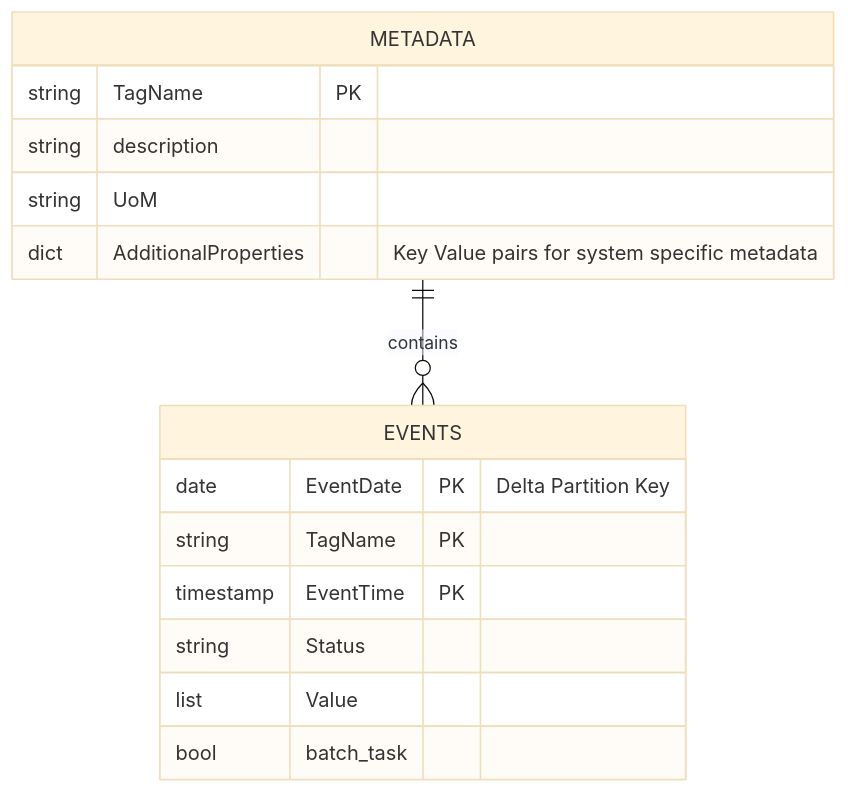
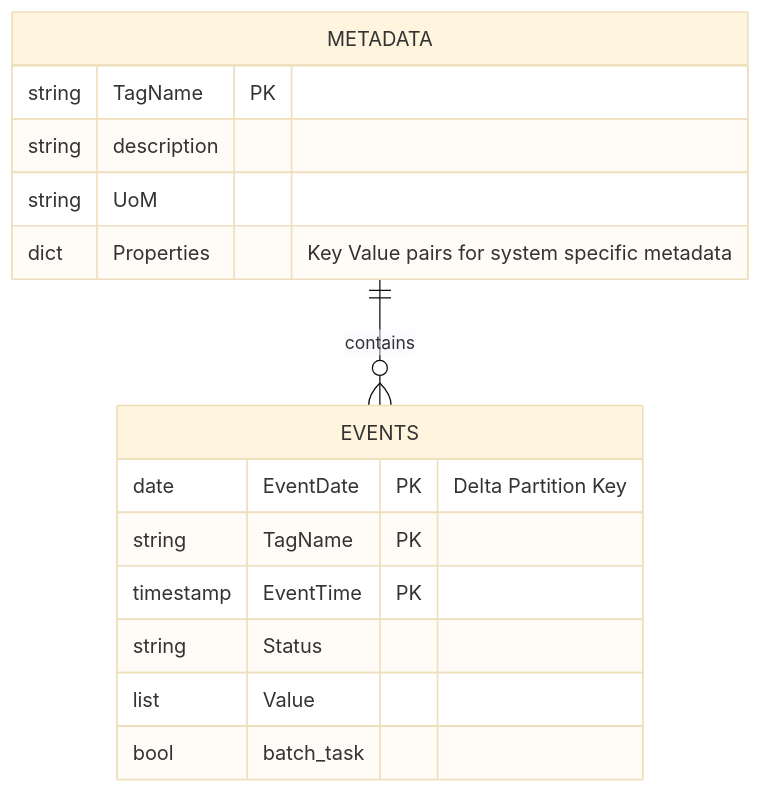
Before and after one commit to rtdip/core: the diagram in docs/data-models/scada.md, drawn with Mermaid (base theme). The commit also changed other lines of this file, not shown here.

````diff
--- a/docs/data-models/scada.md
+++ b/docs/data-models/scada.md
@@ -16,18 +22,18 @@
 ``` mermaid
 erDiagram
   METADATA ||--o{ EVENTS : contains
   METADATA {
     string TagName PK
     string description
     string UoM
-    dict AdditionalProperties "Key Value pairs for system specific metadata"
+    dict Properties "Key Value pairs for system specific metadata"
   }
   EVENTS {
     date EventDate PK "Delta Partition Key"
     string TagName PK
     timestamp EventTime PK
     string Status
     list Value
     bool batch_task
   }
 ```
````
